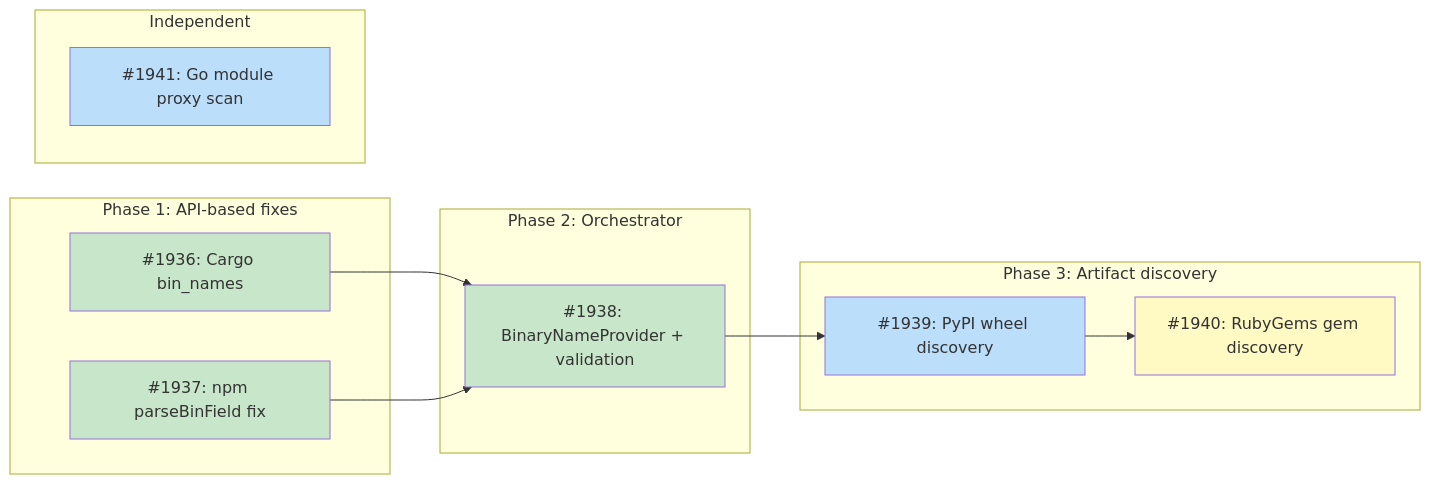
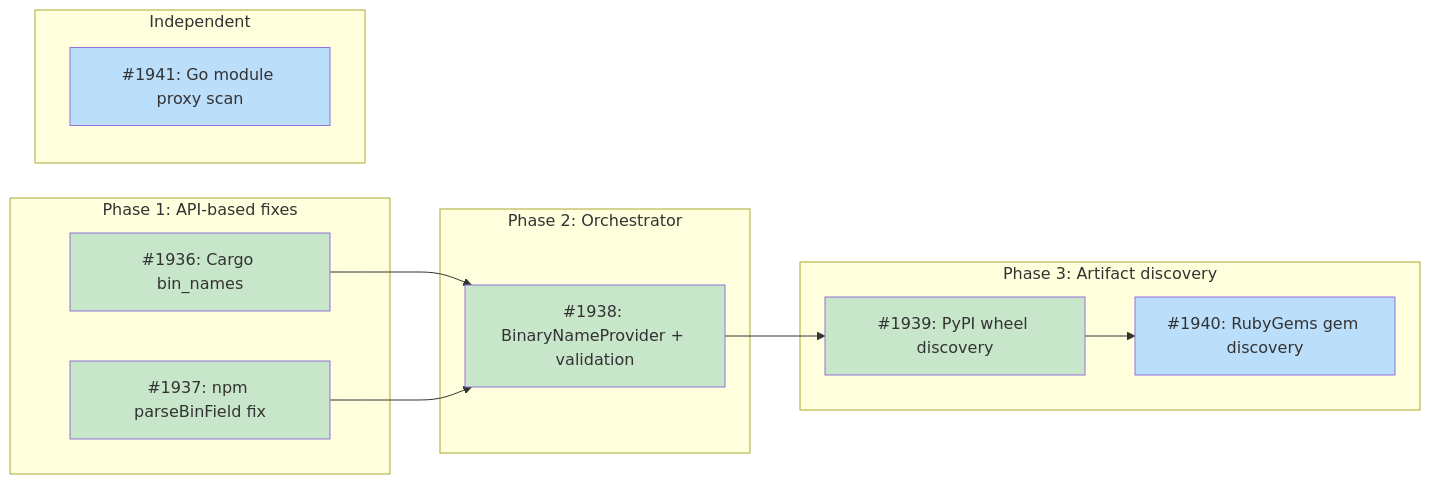
Before and after one commit to tsukumogami/tsuku: the diagram in docs/designs/DESIGN-binary-name-discovery.md, drawn with Mermaid. The commit also changed other lines of this file and 2 other files, not shown here.

Commit message:
docs: mark #1939 complete in design doc

````diff
--- a/docs/designs/DESIGN-binary-name-discovery.md
+++ b/docs/designs/DESIGN-binary-name-discovery.md
@@ -55,35 +55,34 @@
 ```mermaid
 graph LR
     subgraph Phase1["Phase 1: API-based fixes"]
         I1936["#1936: Cargo bin_names"]
         I1937["#1937: npm parseBinField fix"]
     end
 
     subgraph Phase2["Phase 2: Orchestrator"]
         I1938["#1938: BinaryNameProvider + validation"]
     end
 
     subgraph Phase3["Phase 3: Artifact discovery"]
         I1939["#1939: PyPI wheel discovery"]
         I1940["#1940: RubyGems gem discovery"]
     end
 
     subgraph Independent["Independent"]
         I1941["#1941: Go module proxy scan"]
     end
 
     I1936 --> I1938
     I1937 --> I1938
     I1938 --> I1939
     I1939 --> I1940
 
     classDef done fill:#c8e6c9
     classDef ready fill:#bbdefb
     classDef blocked fill:#fff9c4
     classDef needsDesign fill:#e1bee7
     classDef tracksDesign fill:#FFE0B2,stroke:#F57C00,color:#000
 
-    class I1936,I1937,I1938 done
-    class I1939,I1941 ready
-    class I1940 blocked
+    class I1936,I1937,I1938,I1939 done
+    class I1940,I1941 ready
 ```
````
